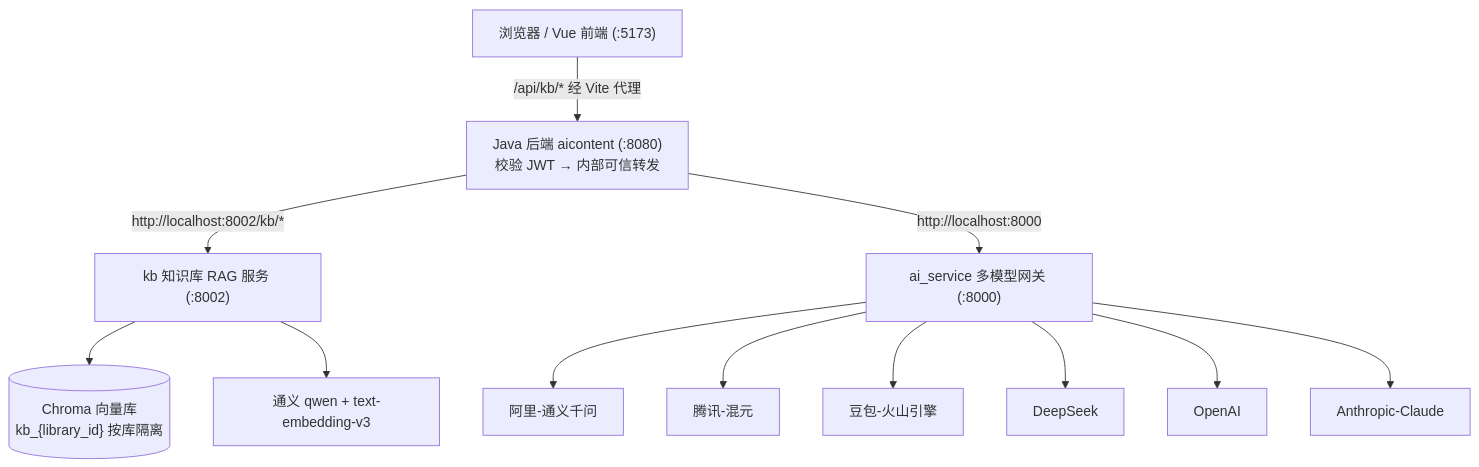
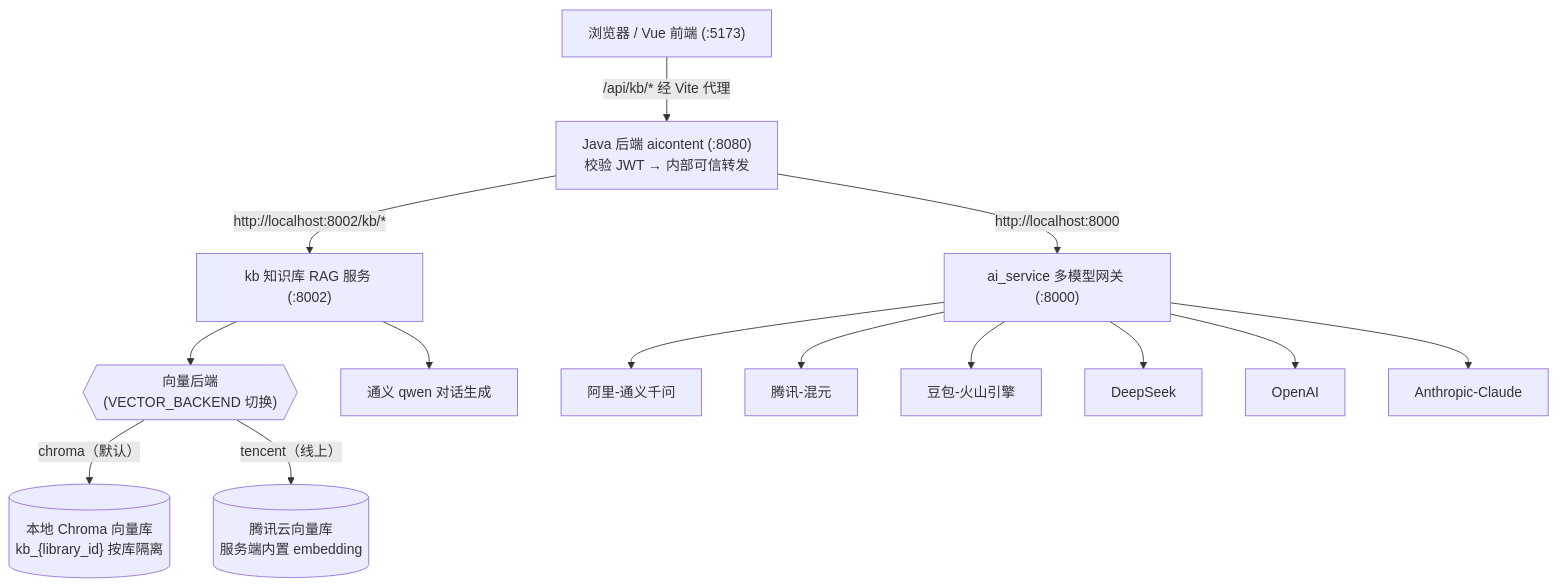
One commit to lhy157/knowledge-base changed the diagram in README.md. Above: the diagram before and after it, drawn with Mermaid. The commit also changed other lines of this file and 7 other files, not shown here.

````diff
--- a/README.md
+++ b/README.md
@@ -19,17 +19,19 @@
 ```mermaid
 flowchart TB
     Browser["浏览器 / Vue 前端 (:5173)"]
     Browser -->|"/api/kb/* 经 Vite 代理"| Java["Java 后端 aicontent (:8080)<br/>校验 JWT → 内部可信转发"]
     Java -->|"http://localhost:8002/kb/*"| KB["kb 知识库 RAG 服务 (:8002)"]
     Java -->|"http://localhost:8000"| AIS["ai_service 多模型网关 (:8000)"]
 
-    KB --> Chroma[("Chroma 向量库<br/>kb_{library_id} 按库隔离")]
-    KB --> Qwen["通义 qwen + text-embedding-v3"]
+    KB --> Backend{{"向量后端<br/>(VECTOR_BACKEND 切换)"}}
+    Backend -->|chroma（默认）| Chroma[("本地 Chroma 向量库<br/>kb_{library_id} 按库隔离")]
+    Backend -->|tencent（线上）| Tencent[("腾讯云向量库<br/>服务端内置 embedding")]
+    KB --> Qwen["通义 qwen 对话生成"]
 
     AIS --> P1["阿里-通义千问"]
     AIS --> P2["腾讯-混元"]
     AIS --> P3["豆包-火山引擎"]
     AIS --> P4["DeepSeek"]
     AIS --> P5["OpenAI"]
     AIS --> P6["Anthropic-Claude"]
 ```
````
